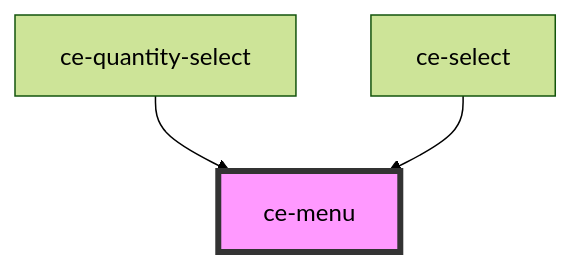
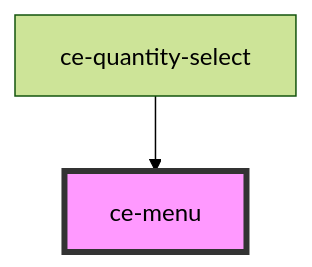
One commit to surecart/surecart-wp-plugin changed the diagram in packages/components/src/components/ui/menu/readme.md. Above: the diagram before and after it, drawn with Mermaid (forest theme). The commit also changed other lines of this file and 18 other files, not shown here.

````diff
--- a/packages/components/src/components/ui/menu/readme.md
+++ b/packages/components/src/components/ui/menu/readme.md
@@ -28,6 +27,5 @@
 ```mermaid
 graph TD;
   ce-quantity-select --> ce-menu
-  ce-select --> ce-menu
   style ce-menu fill:#f9f,stroke:#333,stroke-width:4px
 ```
````
